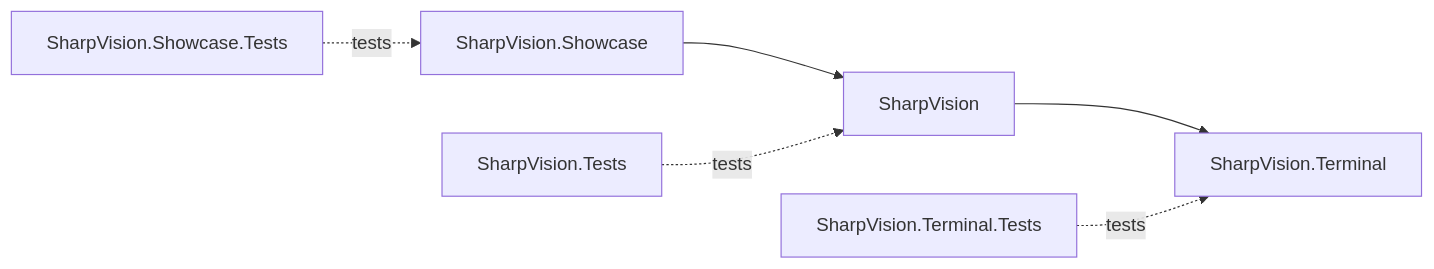
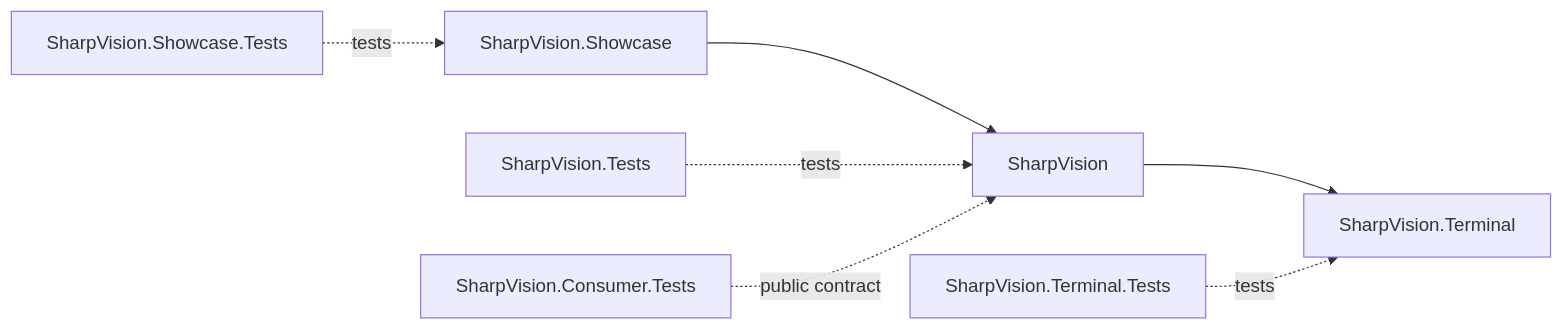
Before and after one commit to pavkam/sharp-vision: the diagram in docs/architecture/project-structure.md, drawn with Mermaid. The commit also changed other lines of this file and 40 other files, not shown here.

````diff
--- a/docs/architecture/project-structure.md
+++ b/docs/architecture/project-structure.md
@@ -8,14 +8,16 @@
 ```mermaid
 flowchart LR
     Terminal["SharpVision.Terminal"]
     UI["SharpVision"]
     Showcase["SharpVision.Showcase"]
     TerminalTests["SharpVision.Terminal.Tests"]
     UITests["SharpVision.Tests"]
+    ConsumerTests["SharpVision.Consumer.Tests"]
     ShowcaseTests["SharpVision.Showcase.Tests"]
     UI --> Terminal
     Showcase --> UI
     TerminalTests -. tests .-> Terminal
     UITests -. tests .-> UI
+    ConsumerTests -. public contract .-> UI
     ShowcaseTests -. tests .-> Showcase
 ```
````
